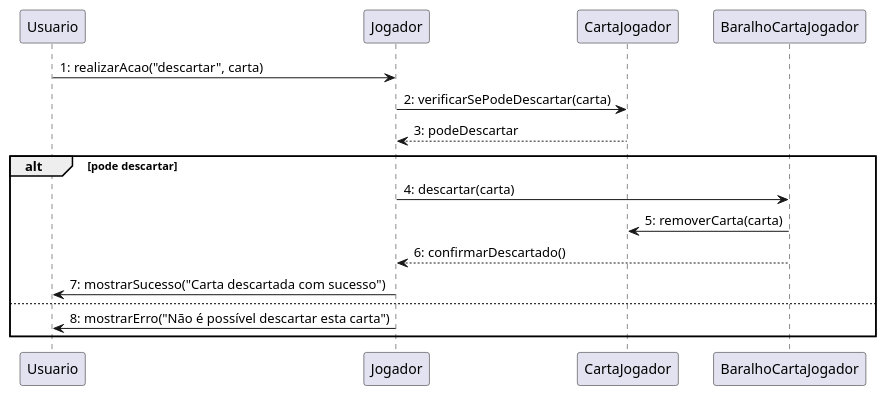
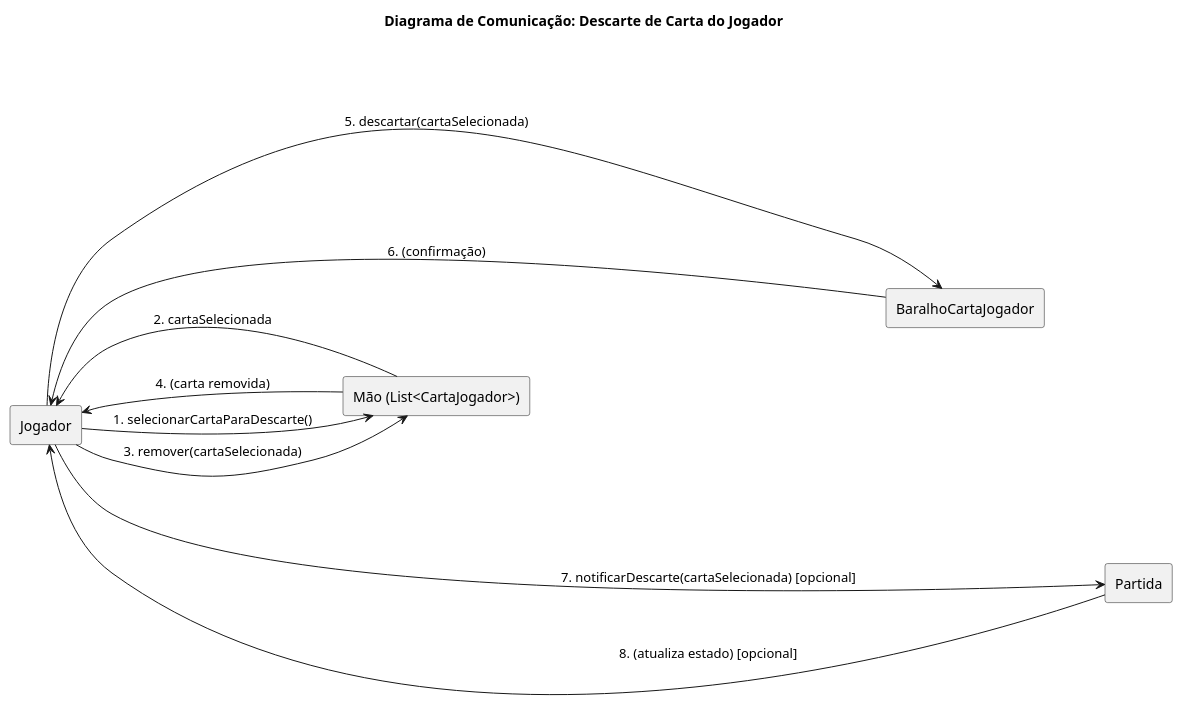
One commit to lionezajoao/trabalho-ps changed the diagram in docs/diagram/communication/pandemic_comunication_diagram_card.wsd. Above: the diagram before and after it, drawn with PlantUML. The commit also changed other lines of this file and 9 other files, not shown here.

First line of the commit message:
feat: Add sequence diagram for player card discard process

```diff
--- a/docs/diagram/communication/pandemic_comunication_diagram_card.wsd
+++ b/docs/diagram/communication/pandemic_comunication_diagram_card.wsd
@@ -2,20 +1,30 @@
-@startuml DiagramaComunicacaoDescartarCarta
-participant Usuario
-participant Jogador
-participant CartaJogador
-participant BaralhoCartaJogador
+@startuml Diagrama_comunicacao_descarte_carta
+title Diagrama de Comunicação: Descarte de Carta do Jogador
 
-' Interações:
-Usuario -> Jogador : 1: realizarAcao("descartar", carta)
-Jogador -> CartaJogador : 2: verificarSePodeDescartar(carta)
-CartaJogador --> Jogador : 3: podeDescartar
+left to right direction
 
-alt pode descartar
-    Jogador -> BaralhoCartaJogador : 4: descartar(carta)
-    BaralhoCartaJogador -> CartaJogador : 5: removerCarta(carta)
-    BaralhoCartaJogador --> Jogador : 6: confirmarDescartado()
-    Jogador -> Usuario : 7: mostrarSucesso("Carta descartada com sucesso")
-else
-    Jogador -> Usuario : 8: mostrarErro("Não é possível descartar esta carta")
-end
+rectangle Jogador
+rectangle "Mão (List<CartaJogador>)" as Mao
+rectangle BaralhoCartaJogador
+rectangle Partida
+
+' Layout oculto para organização
+Jogador -[hidden]-> Mao
+Mao -[hidden]-> BaralhoCartaJogador
+BaralhoCartaJogador -[hidden]-> Partida
+
+' Mensagens
+Jogador -> Mao : 1. selecionarCartaParaDescarte()
+Mao --> Jogador : 2. cartaSelecionada
+
+Jogador -> Mao : 3. remover(cartaSelecionada)
+Mao --> Jogador : 4. (carta removida)
+
+Jogador -> BaralhoCartaJogador : 5. descartar(cartaSelecionada)
+BaralhoCartaJogador --> Jogador : 6. (confirmação)
+
+' Opcional: notificação para a partida
+Jogador -> Partida : 7. notificarDescarte(cartaSelecionada) [opcional]
+Partida --> Jogador : 8. (atualiza estado) [opcional]
+
 @enduml
```
